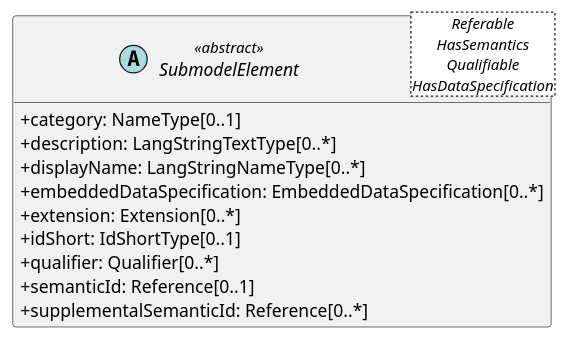
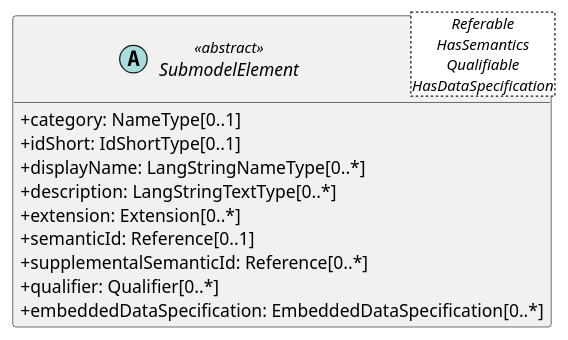
The diagram in output/classes/SubmodelElement.puml (zrgt/py2puml), drawn with PlantUML before and after one commit. The commit also changed other lines of this file and 68 other files, not shown here.

```diff
--- a/output/classes/SubmodelElement.puml
+++ b/output/classes/SubmodelElement.puml
@@ -1,16 +1,16 @@
 @startuml
 skinparam classAttributeIconSize 0
 hide methods
 
 abstract class SubmodelElement<Referable\nHasSemantics\nQualifiable\nHasDataSpecification> <<abstract>> {
   +category: NameType[0..1] 
+  +idShort: IdShortType[0..1] 
+  +displayName: LangStringNameType[0..*] 
   +description: LangStringTextType[0..*] 
-  +displayName: LangStringNameType[0..*] 
-  +embeddedDataSpecification: EmbeddedDataSpecification[0..*] 
   +extension: Extension[0..*] 
-  +idShort: IdShortType[0..1] 
-  +qualifier: Qualifier[0..*] 
   +semanticId: Reference[0..1] 
   +supplementalSemanticId: Reference[0..*] 
+  +qualifier: Qualifier[0..*] 
+  +embeddedDataSpecification: EmbeddedDataSpecification[0..*] 
 }
 @enduml
```
